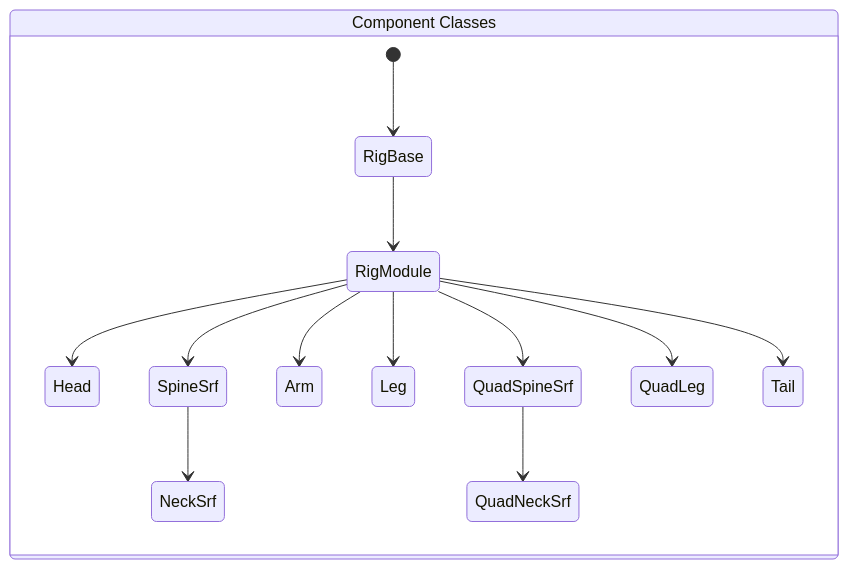
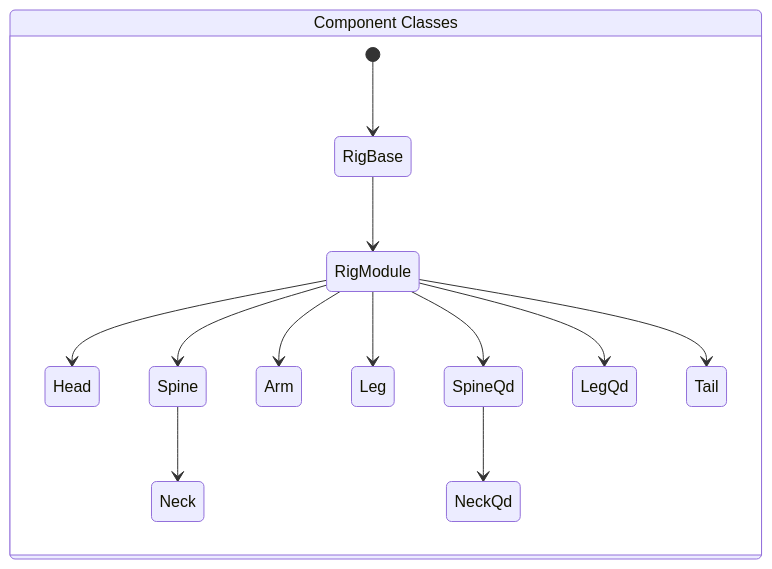
The first of 2 diagrams in README.md (nickyliux/nl_rigging_tools), drawn with Mermaid before and after one commit. The commit also changed 24 other files, not shown here.

````diff
--- a/README.md
+++ b/README.md
@@ -24,18 +24,18 @@
 ```mermaid
 stateDiagram
     rcc: Component Classes
     state rcc {
         [*] --> RigBase
         RigBase --> RigModule
         RigModule --> Head
-        RigModule --> SpineSrf
-        SpineSrf --> NeckSrf
+        RigModule --> Spine
+        Spine --> Neck
         RigModule --> Arm
         RigModule --> Leg
-        RigModule --> QuadSpineSrf
-        QuadSpineSrf --> QuadNeckSrf
-        RigModule --> QuadLeg
+        RigModule --> SpineQd
+        SpineQd --> NeckQd
+        RigModule --> LegQd
         RigModule --> Tail
     }
 
 ```
````
